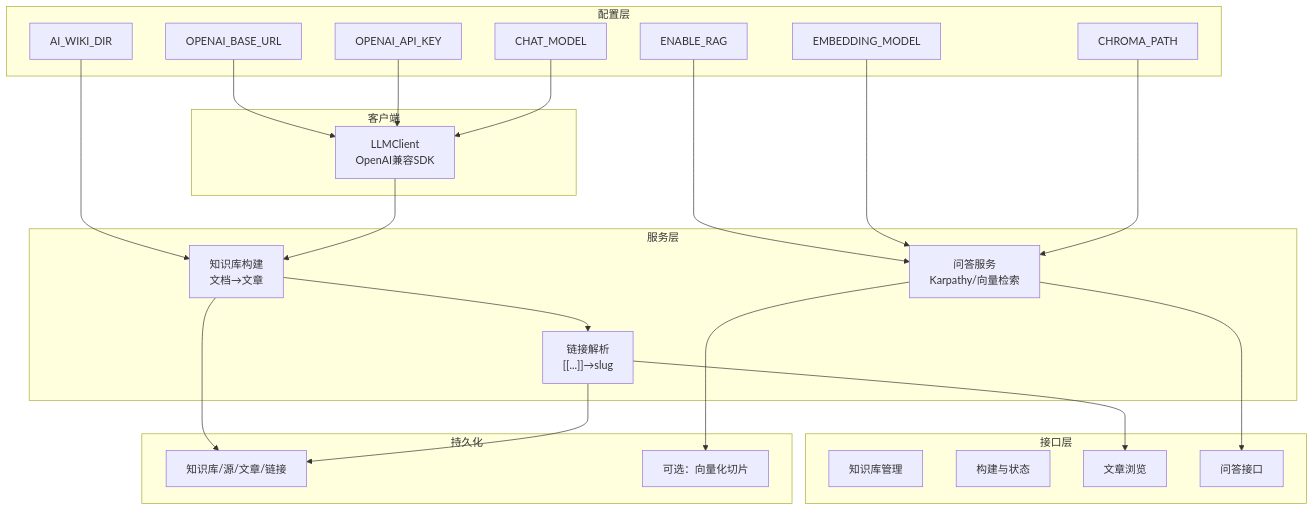
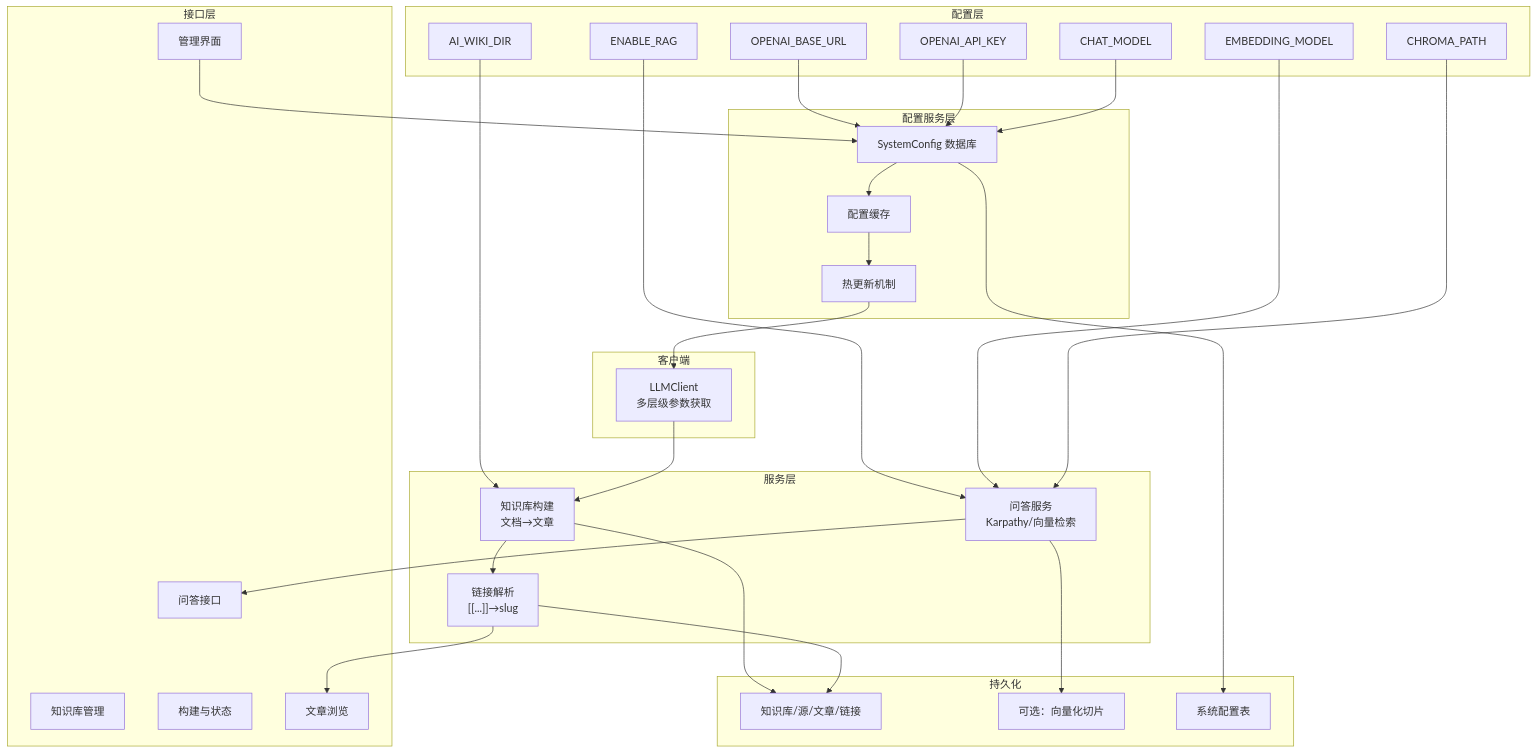
One commit to beyondalbert/my_wiki changed the second of 8 diagrams in .qoder/repowiki/zh/content/配置管理/AI服务配置.md. Above: the diagram before and after it, drawn with Mermaid. The commit also changed other lines of this file and 5 other files, not shown here.

````diff
--- a/.qoder/repowiki/zh/content/配置管理/AI服务配置.md
+++ b/.qoder/repowiki/zh/content/配置管理/AI服务配置.md
@@ -84,44 +115,56 @@
 ```mermaid
 graph TB
 subgraph "配置层"
 C1["OPENAI_BASE_URL"]
 C2["OPENAI_API_KEY"]
 C3["CHAT_MODEL"]
 C4["AI_WIKI_DIR"]
 C5["ENABLE_RAG"]
 C6["EMBEDDING_MODEL"]
 C7["CHROMA_PATH"]
 end
+subgraph "配置服务层"
+CS1["SystemConfig 数据库"]
+CS2["配置缓存"]
+CS3["热更新机制"]
+end
 subgraph "客户端"
-LLM["LLMClient<br/>OpenAI兼容SDK"]
+LLM["LLMClient<br/>多层级参数获取"]
 end
 subgraph "服务层"
 SVC1["知识库构建<br/>文档→文章"]
 SVC2["链接解析<br/>[[...]]→slug"]
 SVC3["问答服务<br/>Karpathy/向量检索"]
 end
 subgraph "接口层"
 BP1["知识库管理"]
 BP2["构建与状态"]
 BP3["文章浏览"]
 BP4["问答接口"]
+BP5["管理界面"]
 end
 subgraph "持久化"
 M1["知识库/源/文章/链接"]
 M2["可选：向量化切片"]
+M3["系统配置表"]
 end
-C1 --> LLM
-C2 --> LLM
-C3 --> LLM
+C1 --> CS1
+C2 --> CS1
+C3 --> CS1
+CS1 --> CS2
+CS2 --> CS3
+CS3 --> LLM
 C4 --> SVC1
 C5 --> SVC3
 C6 --> SVC3
 C7 --> SVC3
 LLM --> SVC1
 SVC1 --> SVC2
 SVC2 --> BP3
 SVC3 --> BP4
+BP5 --> CS1
 SVC1 --> M1
 SVC2 --> M1
 SVC3 --> M2
+CS1 --> M3
 ```
````
